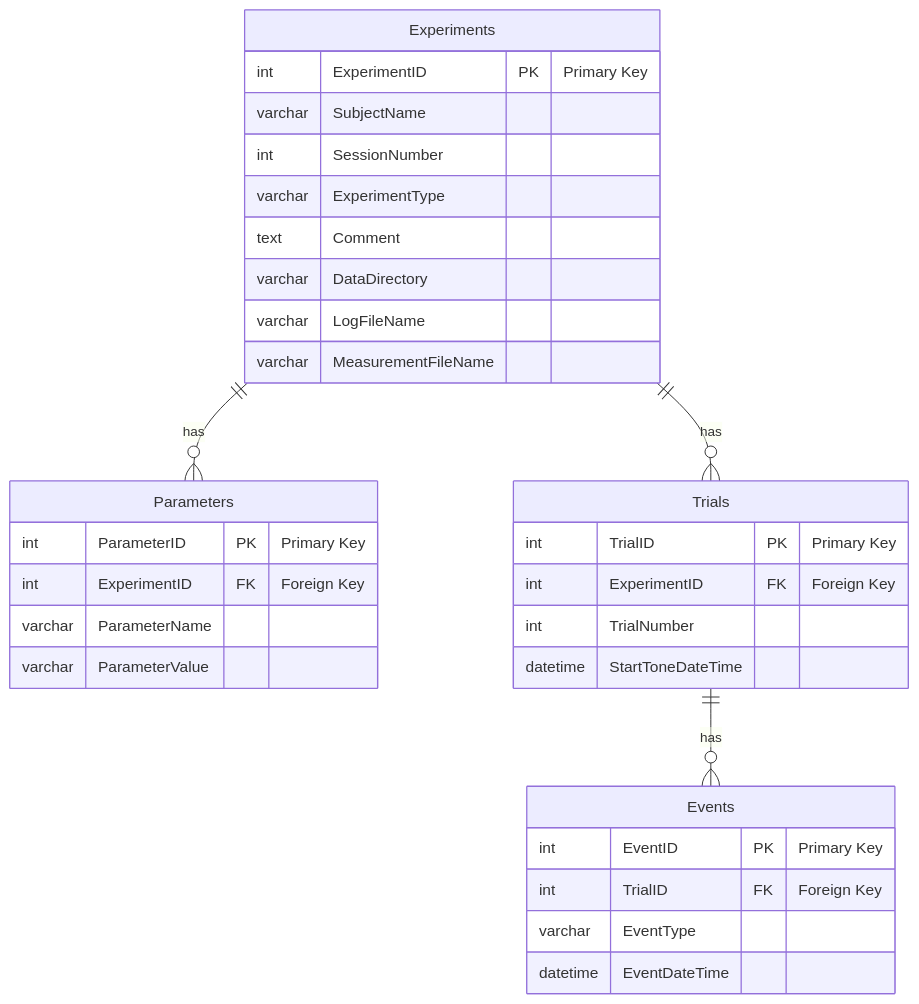
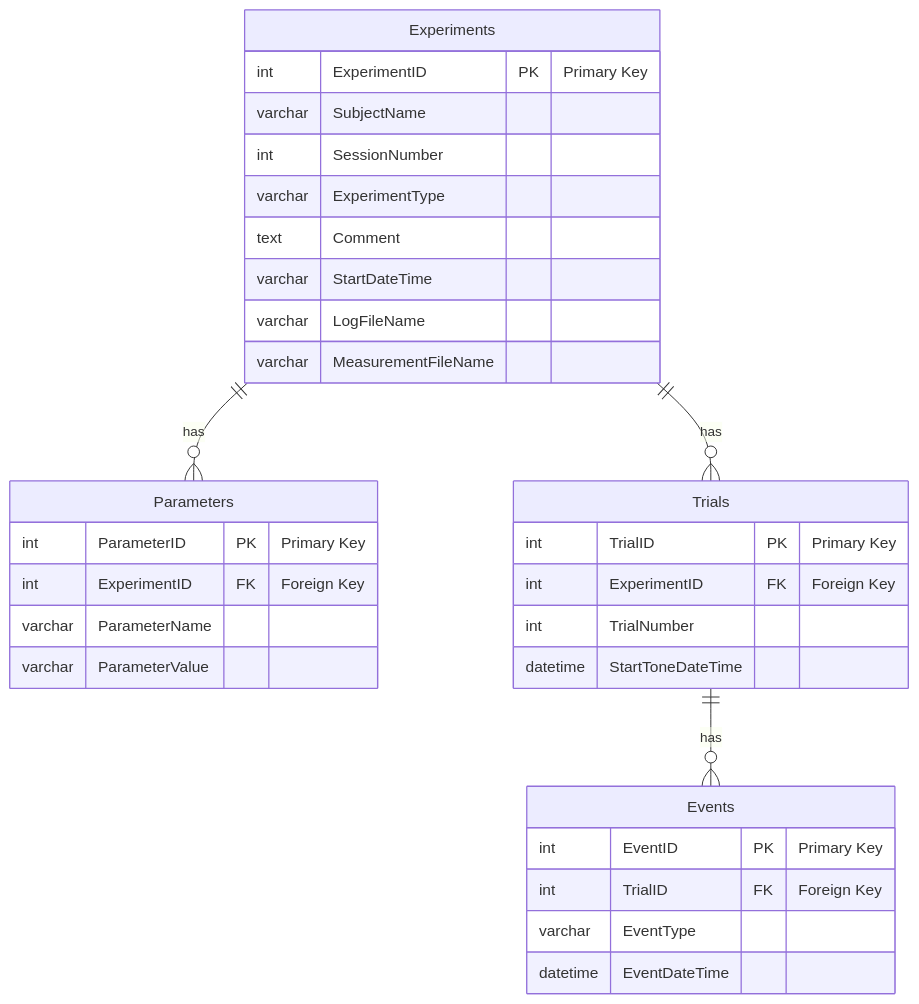
Before and after one commit to DataBooth/client-horse-logic: the diagram in sql/erd.mermaid, drawn with Mermaid. The commit also changed 8 other files, not shown here.

Commit message:
Progress - added basic auth & added DateTime - still needs work

```diff
--- a/sql/erd.mermaid
+++ b/sql/erd.mermaid
@@ -1,36 +1,36 @@
 erDiagram
     Experiments {
         int ExperimentID PK "Primary Key"
         varchar SubjectName
         int SessionNumber
         varchar ExperimentType
         text Comment
-        varchar DataDirectory
+        varchar StartDateTime
         varchar LogFileName
         varchar MeasurementFileName
     }
 
     Parameters {
         int ParameterID PK "Primary Key"
         int ExperimentID FK "Foreign Key"
         varchar ParameterName
         varchar ParameterValue
     }
 
     Trials {
         int TrialID PK "Primary Key"
         int ExperimentID FK "Foreign Key"
         int TrialNumber
         datetime StartToneDateTime
     }
 
     Events {
         int EventID PK "Primary Key"
         int TrialID FK "Foreign Key"
         varchar EventType
         datetime EventDateTime
     }
 
     Experiments ||--o{ Parameters : "has"
     Experiments ||--o{ Trials : "has"
     Trials ||--o{ Events : "has"
```
